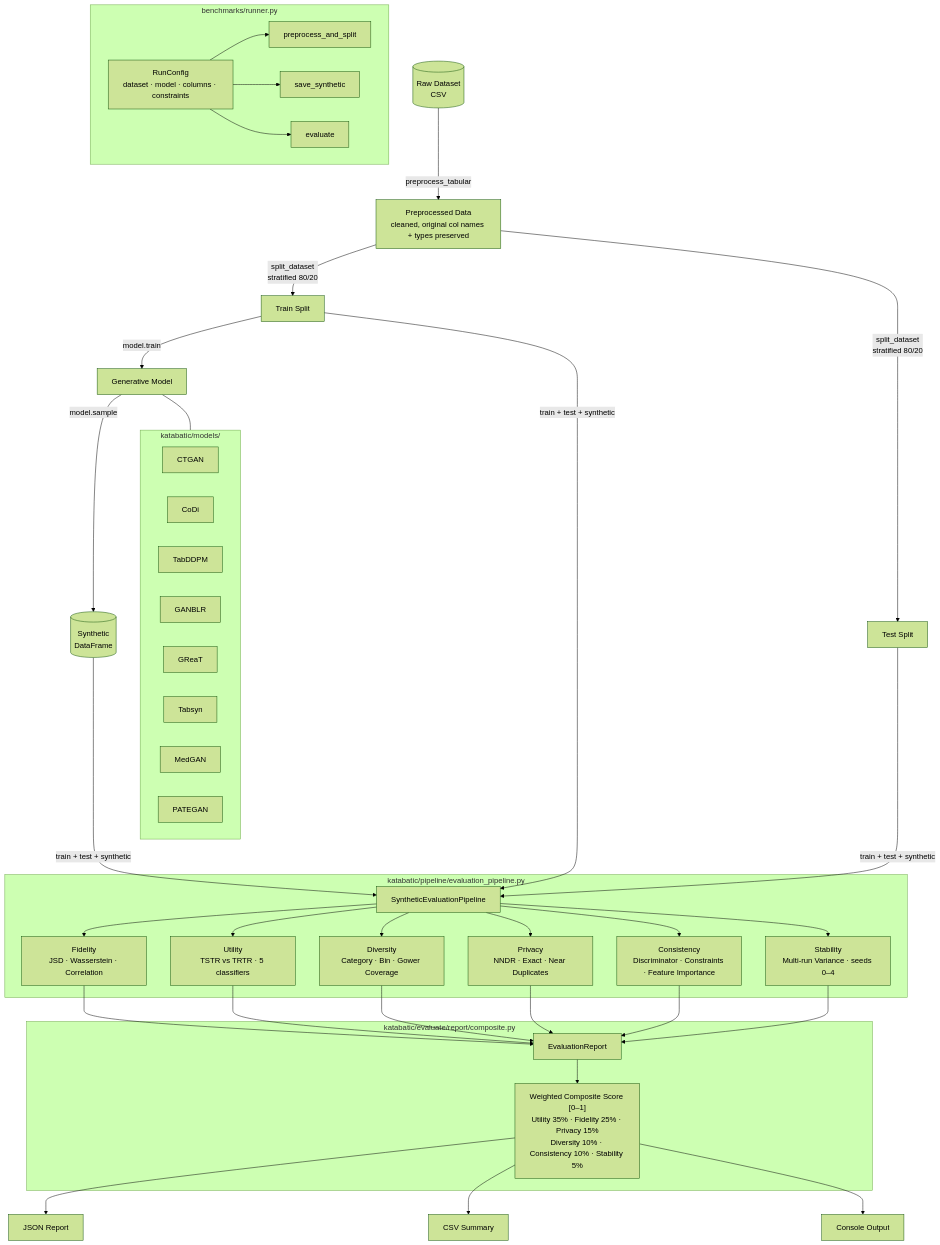
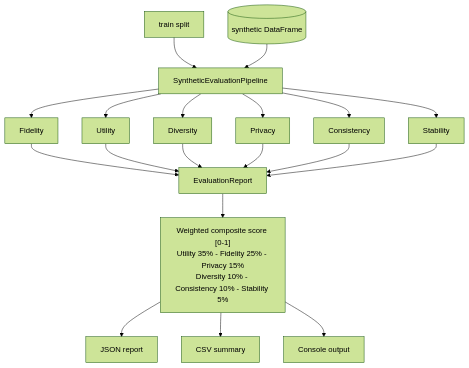
The second of 3 diagrams in ARCHITECTURE.md (datascience-works/Katabatic), drawn with Mermaid (forest theme) before and after one commit. The commit also changed other lines of this file and 401 other files, not shown here.

````diff
--- a/ARCHITECTURE.md
+++ b/ARCHITECTURE.md
@@ -11,60 +56,8 @@
 ```mermaid
 flowchart TD
-    %% ── Data Preparation ──────────────────────────────────────
-    A[(Raw Dataset\nCSV)] -->|preprocess_tabular| B[Preprocessed Data\ncleaned, original col names + types preserved]
-    B -->|split_dataset\nstratified 80/20| C[Train Split] & D[Test Split]
-
-    %% ── Model Training ────────────────────────────────────────
-    C -->|model.train| E[Generative Model]
-
-    subgraph models [katabatic/models/]
-        direction LR
-        M1[CTGAN]
-        M2[CoDi]
-        M3[TabDDPM]
-        M4[GANBLR]
-        M5[GReaT]
-        M6[Tabsyn]
-        M7[MedGAN]
-        M8[PATEGAN]
-    end
-
-    E --- models
-
-    %% ── Synthetic Data Generation ─────────────────────────────
-    E -->|model.sample| F[(Synthetic\nDataFrame)]
-
-    %% ── Evaluation Pipeline ───────────────────────────────────
-    C & D & F -->|train + test + synthetic| G
-
-    subgraph pipeline [katabatic/pipeline/evaluation_pipeline.py]
-        G[SyntheticEvaluationPipeline]
-
-        G --> FID[Fidelity\nJSD · Wasserstein · Correlation]
-        G --> UTL[Utility\nTSTR vs TRTR · 5 classifiers]
-        G --> DIV[Diversity\nCategory · Bin · Gower Coverage]
-        G --> PRV[Privacy\nNNDR · Exact · Near Duplicates]
-        G --> CON[Consistency\nDiscriminator · Constraints · Feature Importance]
-        G --> STB[Stability\nMulti-run Variance · seeds 0–4]
-    end
-
-    %% ── Report ────────────────────────────────────────────────
-    FID & UTL & DIV & PRV & CON & STB --> R
-
-    subgraph report [katabatic/evaluate/report/composite.py]
-        R[EvaluationReport]
-        R --> W["Weighted Composite Score [0–1]\nUtility 35% · Fidelity 25% · Privacy 15%\nDiversity 10% · Consistency 10% · Stability 5%"]
-    end
-
-    W --> OUT1[JSON Report]
-    W --> OUT2[CSV Summary]
-    W --> OUT3[Console Output]
-
-    %% ── Runner helper (benchmarks only) ───────────────────────
-    subgraph runner [benchmarks/runner.py]
-        RC[RunConfig\ndataset · model · columns · constraints]
-        RC --> PPS[preprocess_and_split]
-        RC --> SS[save_synthetic]
-        RC --> EV[evaluate]
-    end
+    C[train split] & F[(synthetic DataFrame)] --> G[SyntheticEvaluationPipeline]
+    G --> FID[Fidelity] & UTL[Utility] & DIV[Diversity] & PRV[Privacy] & CON[Consistency] & STB[Stability]
+    FID & UTL & DIV & PRV & CON & STB --> R[EvaluationReport]
+    R --> W["Weighted composite score [0-1]\nUtility 35% - Fidelity 25% - Privacy 15%\nDiversity 10% - Consistency 10% - Stability 5%"]
+    W --> OUT1[JSON report] & OUT2[CSV summary] & OUT3[Console output]
 ```
````
